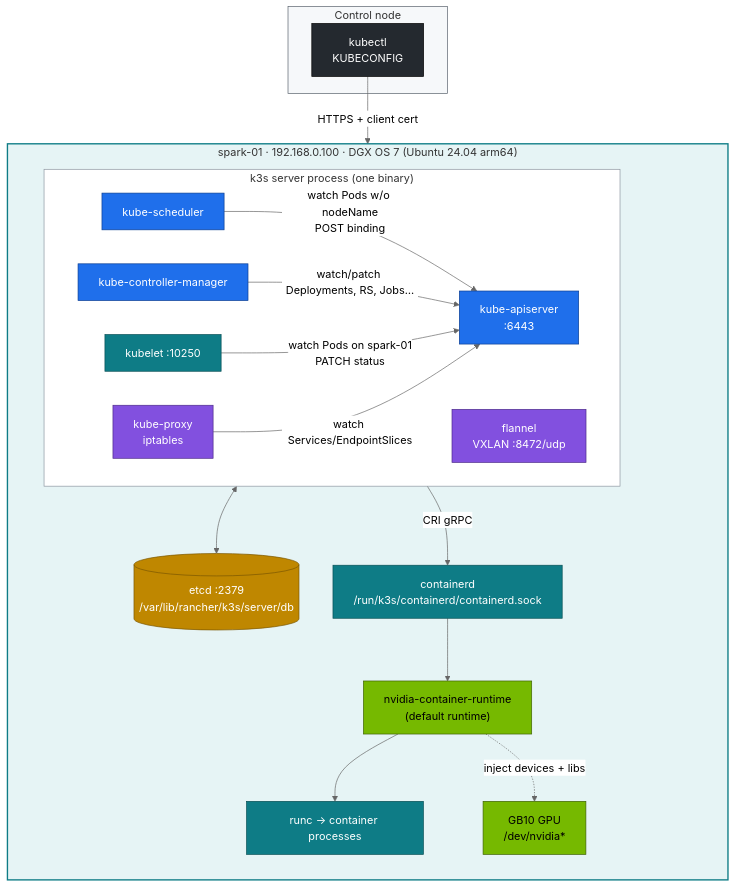
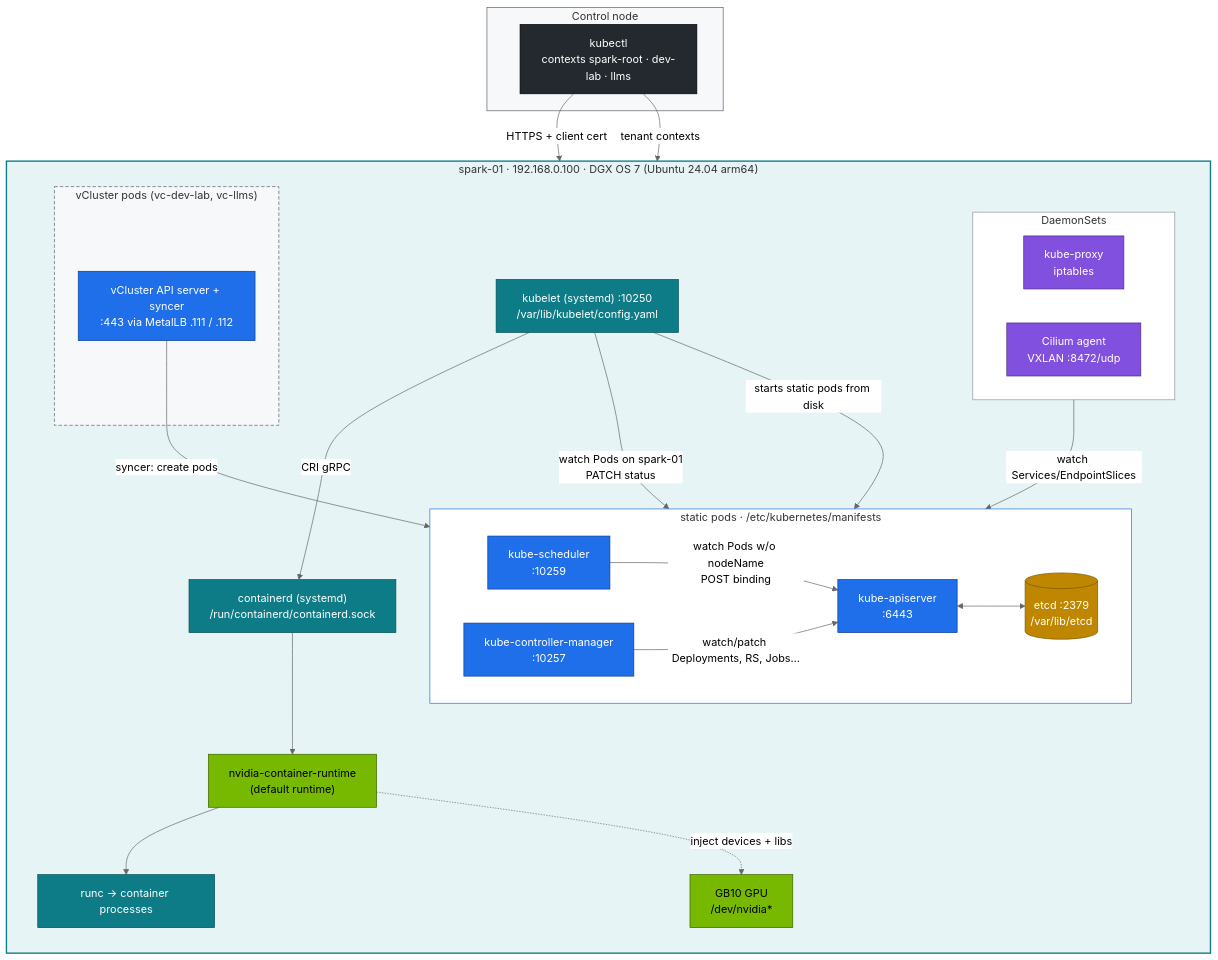
The first of 3 diagrams in 02 Kubernetes/01-kubernetes-core-architecture.md (cloudone365/technical-depth), drawn with Mermaid (neutral theme) before and after one commit. The commit also changed other lines of this file and 5 other files, not shown here.

````diff
--- a/02 Kubernetes/01-kubernetes-core-architecture.md
+++ b/02 Kubernetes/01-kubernetes-core-architecture.md
@@ -32,46 +34,57 @@
 ```mermaid
 flowchart TB
   subgraph LAPTOP["Control node"]
-    KC["kubectl<br/>KUBECONFIG"]
+    KC["kubectl<br/>contexts spark-root · dev-lab · llms"]
   end
   subgraph SPARK["spark-01 · 192.168.0.100 · DGX OS 7 (Ubuntu 24.04 arm64)"]
     direction TB
-    subgraph K3S["k3s server process (one binary)"]
+    subgraph SP["static pods · /etc/kubernetes/manifests"]
       direction LR
       API["kube-apiserver<br/>:6443"]
-      SCH["kube-scheduler"]
-      CM["kube-controller-manager"]
-      KL["kubelet :10250"]
+      SCH["kube-scheduler<br/>:10259"]
+      CM["kube-controller-manager<br/>:10257"]
+      ETCD[("etcd :2379<br/>/var/lib/etcd")]
+    end
+    subgraph DS["DaemonSets"]
+      direction LR
       KP["kube-proxy<br/>iptables"]
-      FL["flannel<br/>VXLAN :8472/udp"]
+      CIL["Cilium agent<br/>VXLAN :8472/udp"]
     end
-    ETCD[("etcd :2379<br/>/var/lib/rancher/k3s/server/db")]
-    CTRD["containerd<br/>/run/k3s/containerd/containerd.sock"]
+    subgraph VC["vCluster pods (vc-dev-lab, vc-llms)"]
+      VAPI["vCluster API server + syncer<br/>:443 via MetalLB .111 / .112"]
+    end
+    KL["kubelet (systemd) :10250<br/>/var/lib/kubelet/config.yaml"]
+    CTRD["containerd (systemd)<br/>/run/containerd/containerd.sock"]
     NVR["nvidia-container-runtime<br/>(default runtime)"]
     RUNC["runc → container processes"]
     GB10["GB10 GPU<br/>/dev/nvidia*"]
   end
   KC -->|"HTTPS + client cert"| API
+  KC -->|"tenant contexts"| VAPI
+  VAPI -->|"syncer: create pods"| API
   API <--> ETCD
   SCH -->|"watch Pods w/o nodeName<br/>POST binding"| API
   CM -->|"watch/patch Deployments, RS, Jobs…"| API
   KL -->|"watch Pods on spark-01<br/>PATCH status"| API
   KP -->|"watch Services/EndpointSlices"| API
+  KL -->|"starts static pods from disk"| SP
   KL -->|CRI gRPC| CTRD --> NVR --> RUNC
   NVR -.->|"inject devices + libs"| GB10
   classDef ctrl fill:#1f6feb,stroke:#0b3d91,color:#fff
   classDef node fill:#0e7c86,stroke:#064e54,color:#fff
   classDef gpu fill:#76b900,stroke:#3d6000,color:#000
   classDef net fill:#8250df,stroke:#4c2889,color:#fff
   classDef store fill:#bf8700,stroke:#7a5600,color:#fff
   classDef ext fill:#24292f,stroke:#000,color:#fff
-  class API,SCH,CM ctrl
+  class API,SCH,CM,VAPI ctrl
   class KL,CTRD,RUNC node
-  class KP,FL net
+  class KP,CIL net
   class ETCD store
   class GB10,NVR gpu
   class KC ext
   style SPARK fill:#e6f4f5,stroke:#0e7c86,stroke-width:2px
-  style K3S fill:#ffffff,stroke:#8c959f
+  style SP fill:#ffffff,stroke:#1f6feb
+  style DS fill:#ffffff,stroke:#8c959f
+  style VC fill:#f6f8fa,stroke:#57606a,stroke-dasharray:5 3
   style LAPTOP fill:#f6f8fa,stroke:#57606a
 ```
````
